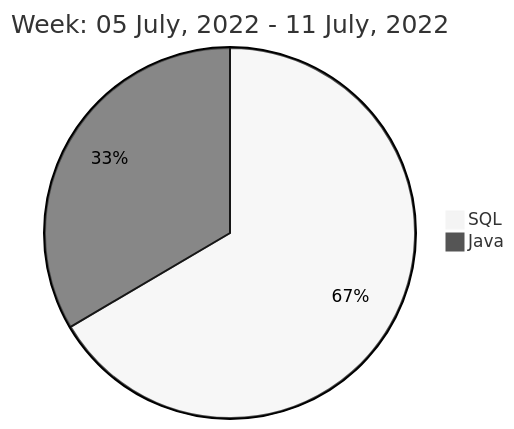
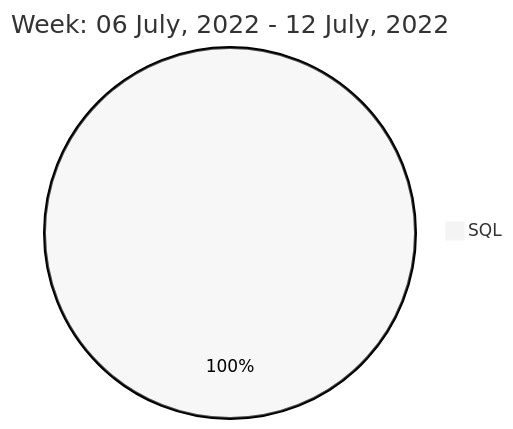
One commit to liubin95/liubin95 changed the diagram in README.md. Above: the diagram before and after it, drawn with Mermaid (neutral theme).

Commit message:
Updated the Graph with new Metrics

````diff
--- a/README.md
+++ b/README.md
@@ -40,6 +40,5 @@
 ```mermaid
  pie
-title Week: 05 July, 2022 - 11 July, 2022
- "SQL" : 3.28
- "Java" : 1.65
+title Week: 06 July, 2022 - 12 July, 2022
+ "SQL" : 2.47
 ```
````
